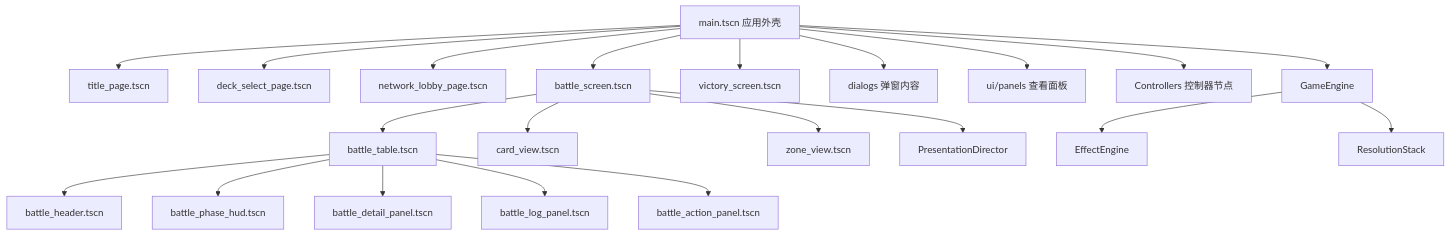
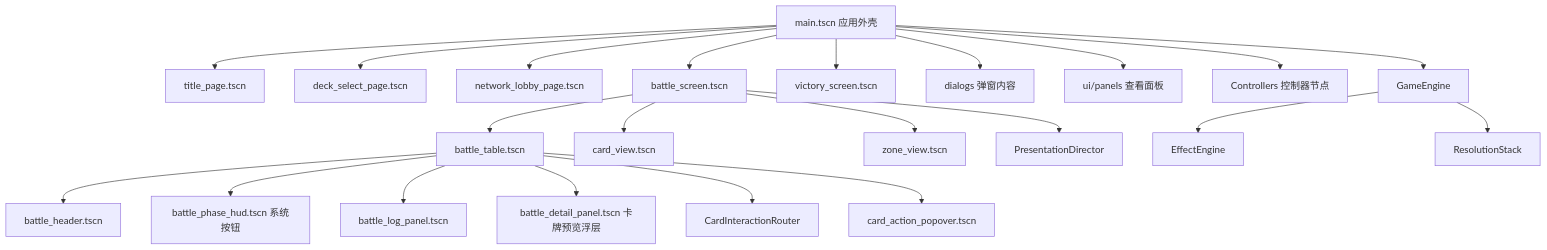
The first of 3 diagrams in docs/GODOT_DEVELOPMENT_GUIDE.md (Endnight-ZHW/PokemonTCG), drawn with Mermaid before and after one commit. The commit also changed other lines of this file and 32 other files, not shown here.

````diff
--- a/docs/GODOT_DEVELOPMENT_GUIDE.md
+++ b/docs/GODOT_DEVELOPMENT_GUIDE.md
@@ -75,23 +75,24 @@
 ```mermaid
 flowchart TD
     Main[main.tscn 应用外壳] --> Title[title_page.tscn]
     Main --> Decks[deck_select_page.tscn]
     Main --> Network[network_lobby_page.tscn]
     Main --> Battle[battle_screen.tscn]
     Main --> Victory[victory_screen.tscn]
     Main --> Dialogs[dialogs 弹窗内容]
     Main --> Panels[ui/panels 查看面板]
     Main --> Controllers[Controllers 控制器节点]
     Battle --> Table[battle_table.tscn]
     Table --> Header[battle_header.tscn]
-    Table --> HUD[battle_phase_hud.tscn]
-    Table --> Detail[battle_detail_panel.tscn]
+    Table --> HUD[battle_phase_hud.tscn 系统按钮]
     Table --> Log[battle_log_panel.tscn]
-    Table --> Actions[battle_action_panel.tscn]
+    Table --> Detail[battle_detail_panel.tscn 卡牌预览浮层]
+    Table --> Router[CardInteractionRouter]
+    Table --> Popover[card_action_popover.tscn]
     Battle --> Card[card_view.tscn]
     Battle --> Zone[zone_view.tscn]
     Battle --> Presentation[PresentationDirector]
     Main --> Engine[GameEngine]
     Engine --> Effects[EffectEngine]
     Engine --> Stack[ResolutionStack]
 ```
````
